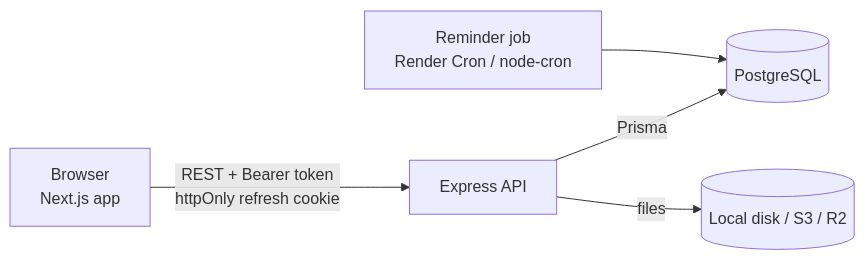
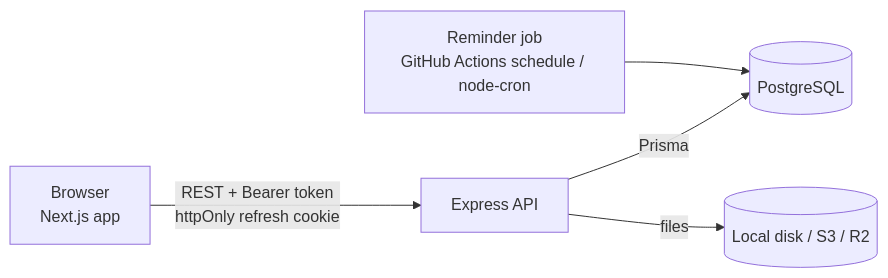
The diagram in README.md (marwanbarhoumi/lawyer-case-management-platform), drawn with Mermaid before and after one commit. The commit also changed other lines of this file and 13 other files, not shown here.

Commit message:
feat: zero-cost demo deployment (Vercel /api proxy, Render free, Neon, GitHub Actions reminders)

````diff
--- a/README.md
+++ b/README.md
@@ -48,7 +48,7 @@
 ```mermaid
 flowchart LR
   B[Browser<br/>Next.js app] -- "REST + Bearer token<br/>httpOnly refresh cookie" --> API[Express API]
   API -- Prisma --> DB[(PostgreSQL)]
   API -- files --> FS[(Local disk / S3 / R2)]
-  CRON[Reminder job<br/>Render Cron / node-cron] --> DB
+  CRON[Reminder job<br/>GitHub Actions schedule / node-cron] --> DB
 ```
````
